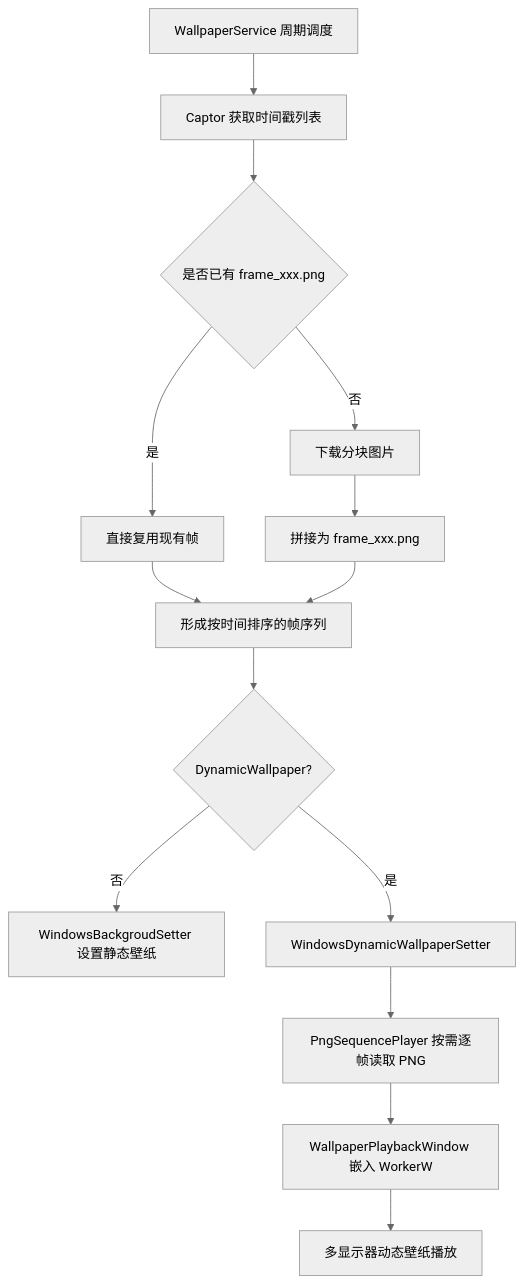
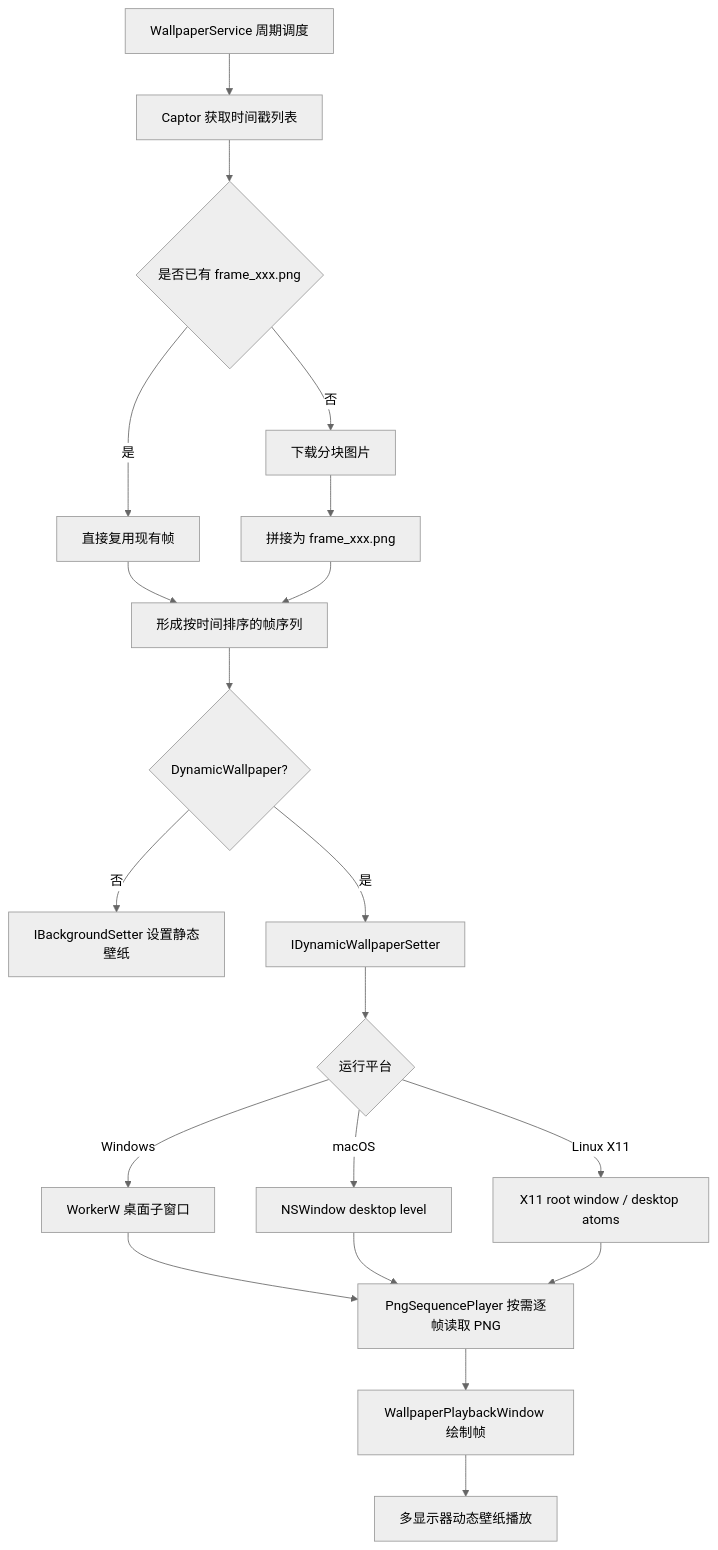
The first of 3 diagrams in README.md (LGinC/EarthBackground), drawn with Mermaid (neutral theme) before and after one commit. The commit also changed other lines of this file and 24 other files, not shown here.

Commit message:
support linux x11 and macOS dynamic wallpaper

````diff
--- a/README.md
+++ b/README.md
@@ -57,16 +72,22 @@
 ```mermaid
 flowchart TD
     A["WallpaperService 周期调度"] --> B["Captor 获取时间戳列表"]
     B --> C{"是否已有 frame_xxx.png"}
     C -->|是| D["直接复用现有帧"]
     C -->|否| E["下载分块图片"]
     E --> F["拼接为 frame_xxx.png"]
     D --> G["形成按时间排序的帧序列"]
     F --> G
     G --> H{"DynamicWallpaper?"}
-    H -->|否| I["WindowsBackgroudSetter 设置静态壁纸"]
-    H -->|是| J["WindowsDynamicWallpaperSetter"]
-    J --> K["PngSequencePlayer 按需逐帧读取 PNG"]
-    K --> L["WallpaperPlaybackWindow 嵌入 WorkerW"]
-    L --> M["多显示器动态壁纸播放"]
+    H -->|否| I["IBackgroundSetter 设置静态壁纸"]
+    H -->|是| J["IDynamicWallpaperSetter"]
+    J --> K{"运行平台"}
+    K -->|Windows| L["WorkerW 桌面子窗口"]
+    K -->|macOS| M["NSWindow desktop level"]
+    K -->|Linux X11| N["X11 root window / desktop atoms"]
+    L --> O["PngSequencePlayer 按需逐帧读取 PNG"]
+    M --> O
+    N --> O
+    O --> P["WallpaperPlaybackWindow 绘制帧"]
+    P --> Q["多显示器动态壁纸播放"]
 ```
````
